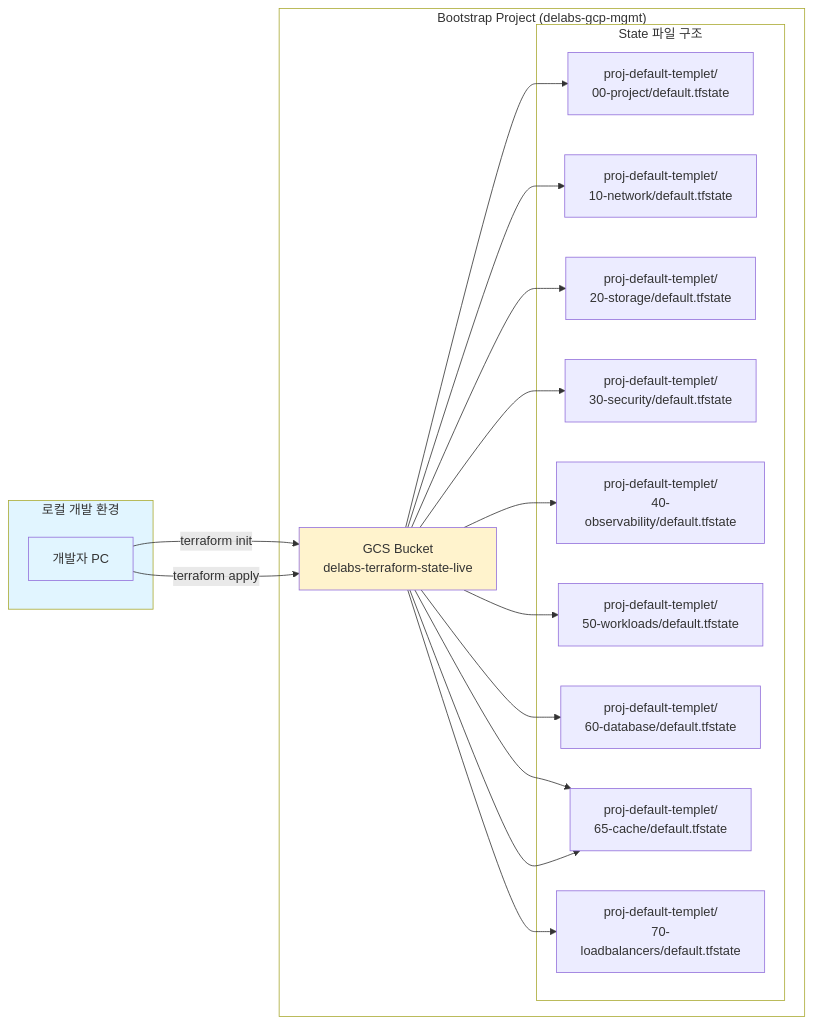
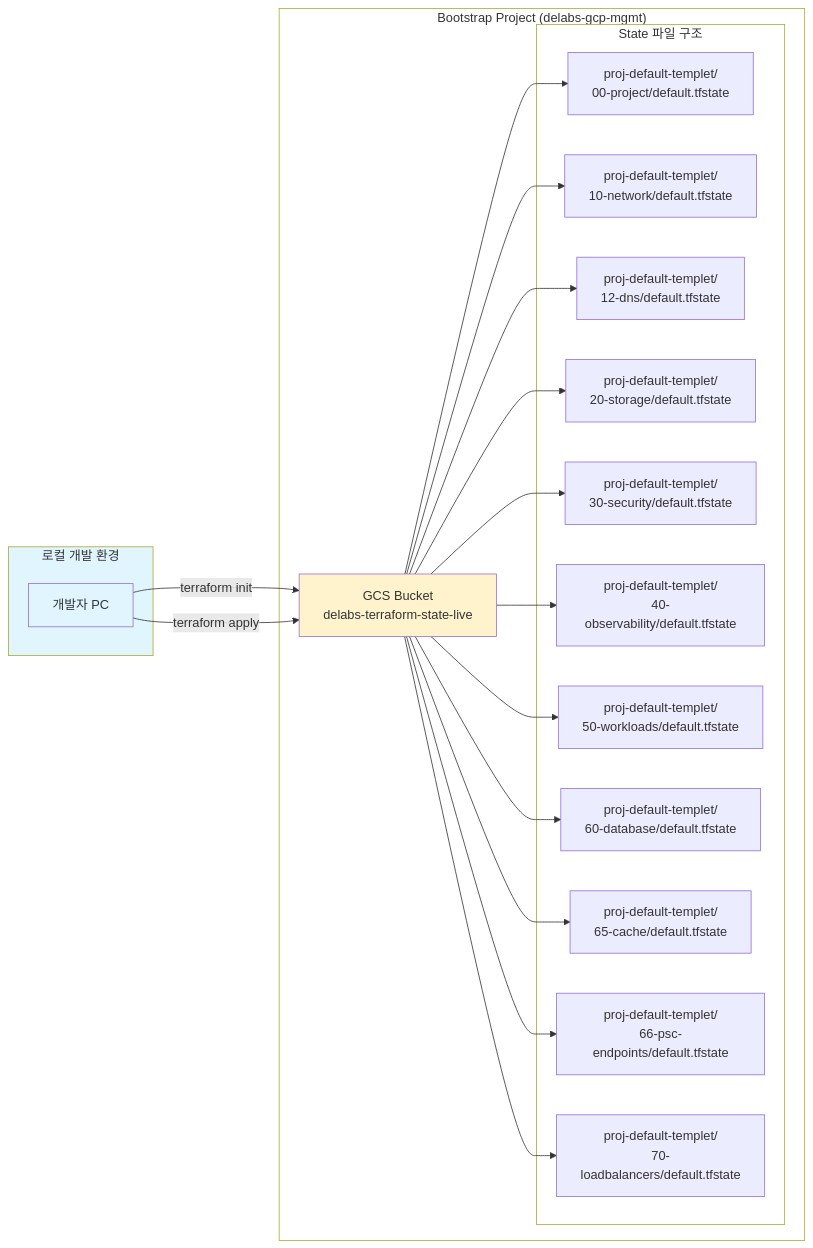
Before and after one commit to JSJ2337/GCP_terraform_code: the second of 9 diagrams in terraform_gcp_infra/docs/architecture/diagrams.md, drawn with Mermaid. The commit also changed other lines of this file and 2 other files, not shown here.

First line of the commit message:
docs: 14차-20차 검토 - Mermaid 다이어그램 변환 및 누락 레이어/모듈 추가

````diff
--- a/terraform_gcp_infra/docs/architecture/diagrams.md
+++ b/terraform_gcp_infra/docs/architecture/diagrams.md
@@ -101,42 +105,45 @@
 ```mermaid
 %%{init: {'theme': 'default'}}%%
 graph LR
     subgraph LocalEnv["로컬 개발 환경"]
         DEV[개발자 PC]
     end
 
     subgraph BootstrapProj["Bootstrap Project (delabs-gcp-mgmt)"]
         BUCKET[GCS Bucket<br/>delabs-terraform-state-live]
 
         subgraph StateFiles["State 파일 구조"]
             S1[proj-default-templet/<br/>00-project/default.tfstate]
             S2[proj-default-templet/<br/>10-network/default.tfstate]
+            S2_DNS[proj-default-templet/<br/>12-dns/default.tfstate]
             S3[proj-default-templet/<br/>20-storage/default.tfstate]
             S4[proj-default-templet/<br/>30-security/default.tfstate]
             S5[proj-default-templet/<br/>40-observability/default.tfstate]
             S6[proj-default-templet/<br/>50-workloads/default.tfstate]
             S7[proj-default-templet/<br/>60-database/default.tfstate]
             S8[proj-default-templet/<br/>65-cache/default.tfstate]
+            S8_PSC[proj-default-templet/<br/>66-psc-endpoints/default.tfstate]
             S9[proj-default-templet/<br/>70-loadbalancers/default.tfstate]
         end
     end
 
     DEV -->|terraform init| BUCKET
     DEV -->|terraform apply| BUCKET
     BUCKET --> S1
     BUCKET --> S2
+    BUCKET --> S2_DNS
     BUCKET --> S3
     BUCKET --> S4
     BUCKET --> S5
     BUCKET --> S6
     BUCKET --> S7
     BUCKET --> S8
+    BUCKET --> S8_PSC
     BUCKET --> S9
-    BUCKET --> S8
 
     style LocalEnv fill:#e1f5ff
     style BootstrapProj fill:#ffffff
     style StateFiles fill:#ffffff
     style BUCKET fill:#fff3cd
     style DEV fill:#e1f5ff
 ```
````
